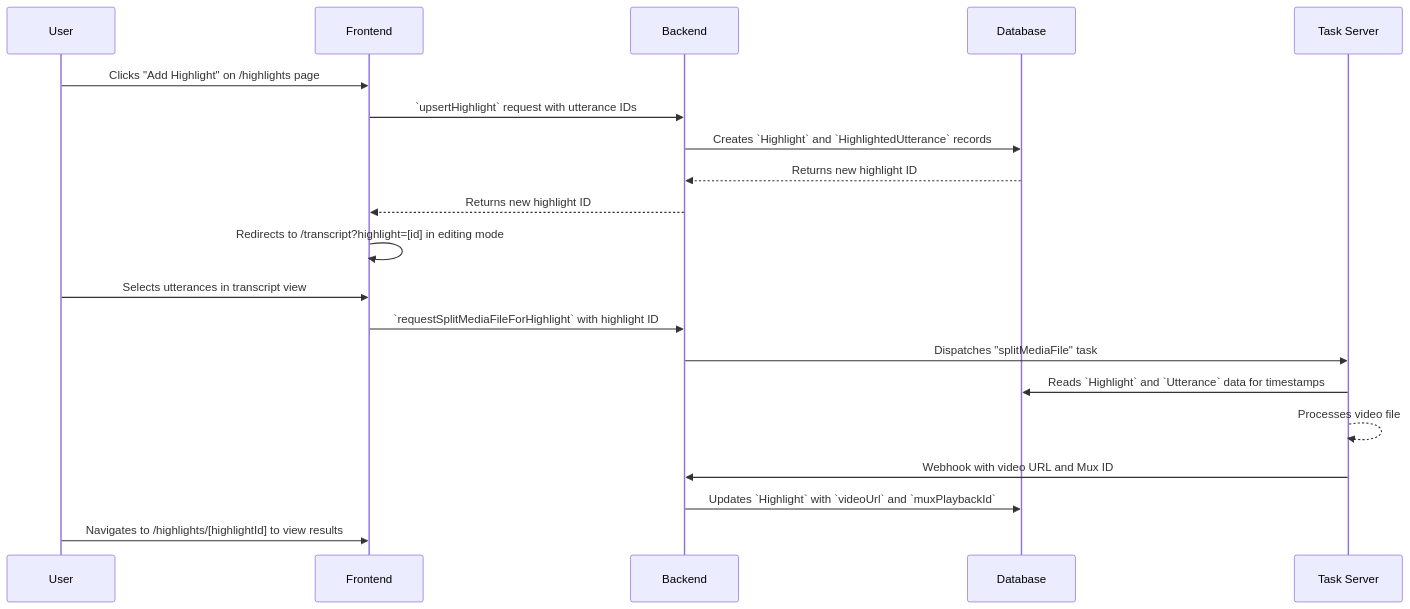
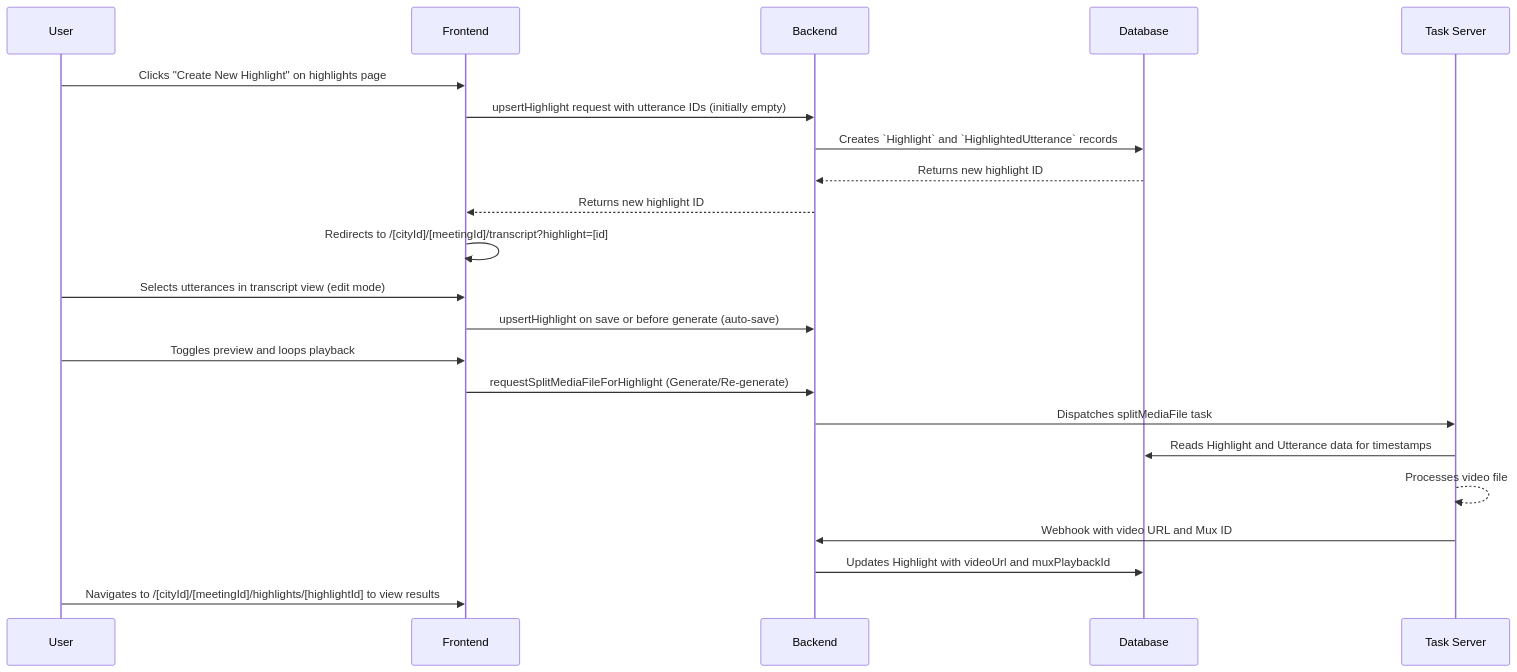
Before and after one commit to schemalabz/opencouncil: the diagram in docs/guides/meeting-highlights.md, drawn with Mermaid. The commit also changed other lines of this file and 5 other files, not shown here.

First line of the commit message:
feat(highlight): enhance highlight editing and navigation features

````diff
--- a/docs/guides/meeting-highlights.md
+++ b/docs/guides/meeting-highlights.md
@@ -20,23 +20,25 @@
 ```mermaid
 sequenceDiagram
     participant User
     participant Frontend
     participant Backend
     participant Database
     participant Task Server
 
-    User->>Frontend: Clicks "Add Highlight" on /highlights page
-    Frontend->>Backend: `upsertHighlight` request with utterance IDs
+    User->>Frontend: Clicks "Create New Highlight" on highlights page
+    Frontend->>Backend: upsertHighlight request with utterance IDs (initially empty)
     Backend->>Database: Creates `Highlight` and `HighlightedUtterance` records
     Database-->>Backend: Returns new highlight ID
     Backend-->>Frontend: Returns new highlight ID
-    Frontend->>Frontend: Redirects to /transcript?highlight=[id] in editing mode
-    User->>Frontend: Selects utterances in transcript view
-    Frontend->>Backend: `requestSplitMediaFileForHighlight` with highlight ID
-    Backend->>Task Server: Dispatches "splitMediaFile" task
-    Task Server->>Database: Reads `Highlight` and `Utterance` data for timestamps
+    Frontend->>Frontend: Redirects to /[cityId]/[meetingId]/transcript?highlight=[id]
+    User->>Frontend: Selects utterances in transcript view (edit mode)
+    Frontend->>Backend: upsertHighlight on save or before generate (auto-save)
+    User->>Frontend: Toggles preview and loops playback
+    Frontend->>Backend: requestSplitMediaFileForHighlight (Generate/Re-generate)
+    Backend->>Task Server: Dispatches splitMediaFile task
+    Task Server->>Database: Reads Highlight and Utterance data for timestamps
     Task Server-->>Task Server: Processes video file
     Task Server->>Backend: Webhook with video URL and Mux ID
-    Backend->>Database: Updates `Highlight` with `videoUrl` and `muxPlaybackId`
-    User->>Frontend: Navigates to /highlights/[highlightId] to view results
+    Backend->>Database: Updates Highlight with videoUrl and muxPlaybackId
+    User->>Frontend: Navigates to /[cityId]/[meetingId]/highlights/[highlightId] to view results
 ```
````
